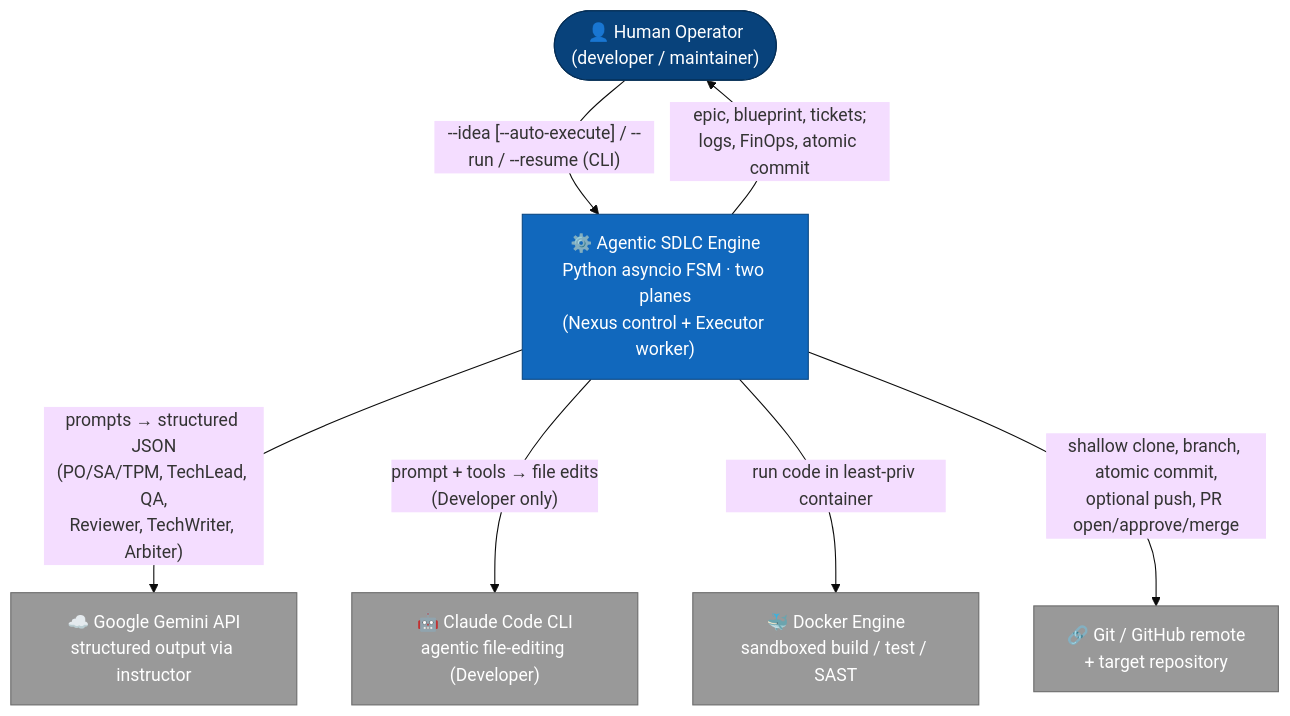
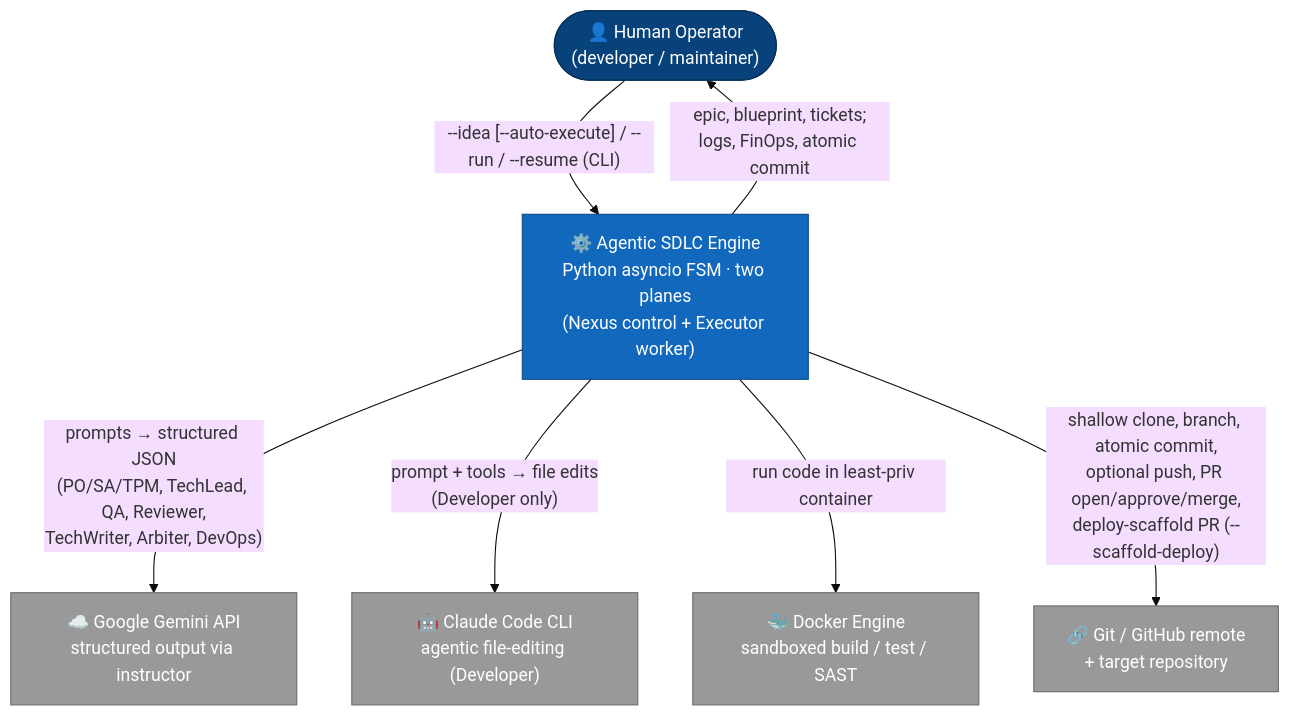
The first of 4 diagrams in docs/ARCHITECTURE.md (Cyberthon-2026-Token-Burners/token-burners-factory), drawn with Mermaid (base theme) before and after one commit. The commit also changed other lines of this file and 19 other files, not shown here.

````diff
--- a/docs/ARCHITECTURE.md
+++ b/docs/ARCHITECTURE.md
@@ -20,26 +20,26 @@
 ```mermaid
 flowchart TB
     human(["👤 Human Operator<br/>(developer / maintainer)"])
 
     engine["⚙️ Agentic SDLC Engine<br/>Python asyncio FSM · two planes<br/>(Nexus control + Executor worker)"]
 
     gemini["☁️ Google Gemini API<br/>structured output via instructor"]
     claude["🤖 Claude Code CLI<br/>agentic file-editing (Developer)"]
     docker["🐳 Docker Engine<br/>sandboxed build / test / SAST"]
     github["🔗 Git / GitHub remote<br/>+ target repository"]
 
     human -->|"--idea [--auto-execute] / --run / --resume (CLI)"| engine
     engine -->|"epic, blueprint, tickets;<br/>logs, FinOps, atomic commit"| human
 
-    engine -->|"prompts → structured JSON<br/>(PO/SA/TPM, TechLead, QA,<br/>Reviewer, TechWriter, Arbiter)"| gemini
+    engine -->|"prompts → structured JSON<br/>(PO/SA/TPM, TechLead, QA, Reviewer,<br/>TechWriter, Arbiter, DevOps)"| gemini
     engine -->|"prompt + tools → file edits<br/>(Developer only)"| claude
     engine -->|"run code in least-priv container"| docker
-    engine -->|"shallow clone, branch, atomic commit,<br/>optional push, PR open/approve/merge"| github
+    engine -->|"shallow clone, branch, atomic commit,<br/>optional push, PR open/approve/merge,<br/>deploy-scaffold PR (--scaffold-deploy)"| github
 
     classDef sys fill:#1168bd,stroke:#0b4884,color:#fff;
     classDef ext fill:#999,stroke:#6b6b6b,color:#fff;
     classDef person fill:#08427b,stroke:#052e56,color:#fff;
     class engine sys;
     class gemini,claude,docker,github ext;
     class human person;
 ```
````
